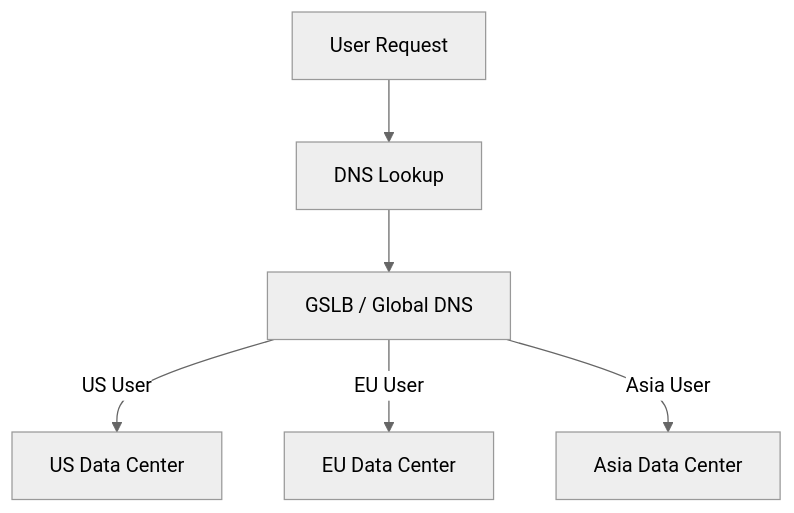
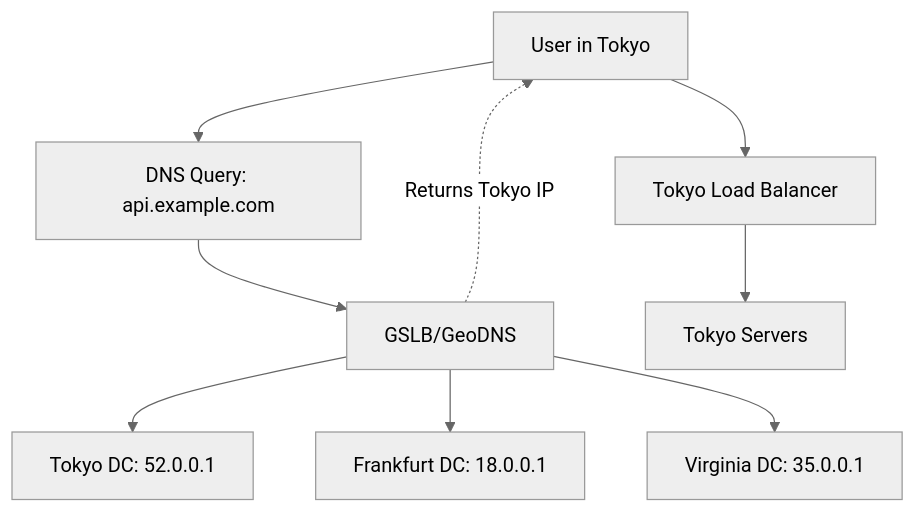
The fourth of 4 diagrams in basics/load_balancer.md (spawn08/system-design-interview), drawn with Mermaid (neutral theme) before and after one commit. The commit also changed other lines of this file and 4 other files, not shown here.

````diff
--- a/basics/load_balancer.md
+++ b/basics/load_balancer.md
@@ -521,8 +792,11 @@
 ```mermaid
 flowchart TD
-    User[User Request] --> DNS[DNS Lookup]
-    DNS --> GSLB[GSLB / Global DNS]
-    GSLB --> |US User| US[US Data Center]
-    GSLB --> |EU User| EU[EU Data Center]
-    GSLB --> |Asia User| Asia[Asia Data Center]
+    User[User in Tokyo] --> DNS[DNS Query: api.example.com]
+    DNS --> GSLB[GSLB/GeoDNS]
+    GSLB --> DC1[Tokyo DC: 52.0.0.1]
+    GSLB --> DC2[Frankfurt DC: 18.0.0.1]
+    GSLB --> DC3[Virginia DC: 35.0.0.1]
+    GSLB -.->|Returns Tokyo IP| User
+    User --> TokyoLB[Tokyo Load Balancer]
+    TokyoLB --> Servers[Tokyo Servers]
 ```
````
